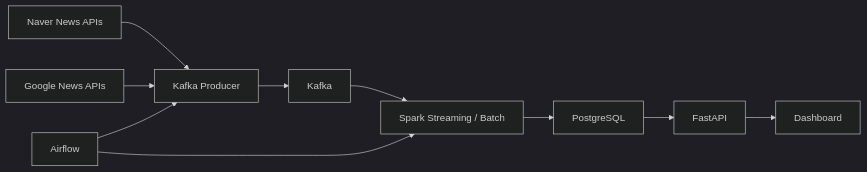
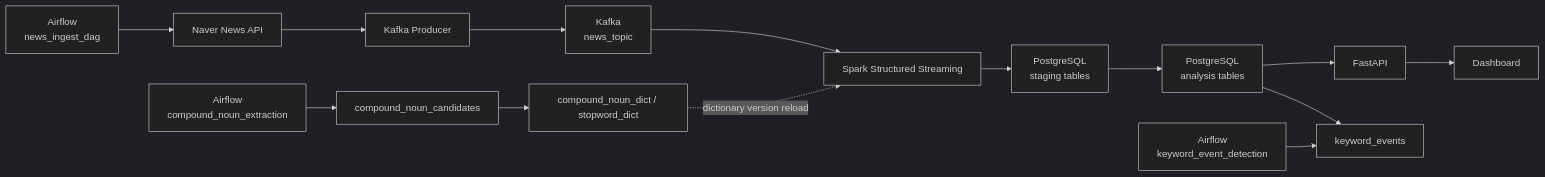
Before and after one commit to yeongmin-yu/news-trend-pipeline-dev: the diagram in README.md, drawn with Mermaid (dark theme). The commit also changed other lines of this file and 33 other files, not shown here.

````diff
--- a/README.md
+++ b/README.md
@@ -15,12 +20,18 @@
 ```mermaid
 flowchart LR
-    N["Naver News APIs"] --> B["Kafka Producer"]
-    A["Google News APIs"] --> B["Kafka Producer"]
-    B --> C["Kafka"]
-    C --> D["Spark Streaming / Batch"]
-    D --> E["PostgreSQL"]
-    E --> F["FastAPI"]
-    F --> G["Dashboard"]
-    H["Airflow"] --> B
-    H --> D
+    A["Airflow<br/>news_ingest_dag"] --> B["Naver News API"]
+    B --> C["Kafka Producer"]
+    C --> D["Kafka<br/>news_topic"]
+    D --> E["Spark Structured Streaming"]
+    E --> F["PostgreSQL<br/>staging tables"]
+    F --> G["PostgreSQL<br/>analysis tables"]
+    G --> H["FastAPI"]
+    H --> I["Dashboard"]
+
+    J["Airflow<br/>compound_noun_extraction"] --> K["compound_noun_candidates"]
+    K --> L["compound_noun_dict / stopword_dict"]
+    L -. dictionary version reload .-> E
+
+    M["Airflow<br/>keyword_event_detection"] --> N["keyword_events"]
+    G --> N
 ```
````
